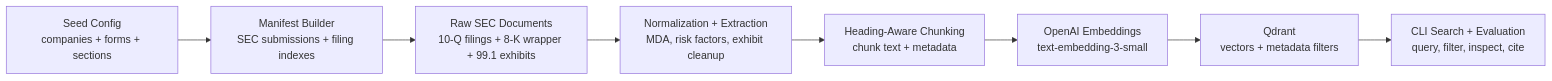
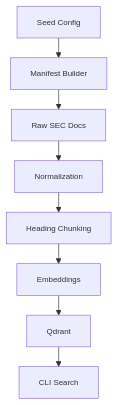
Before and after one commit to mdmilligan/market-intelligence-rag: the diagram in README.md, drawn with Mermaid. The commit also changed other lines of this file, not shown here.

Commit message:
feat: update flowchart in README

````diff
--- a/README.md
+++ b/README.md
@@ -51,10 +51,11 @@
 ```mermaid
-flowchart LR
-    A[Seed Config\ncompanies + forms + sections] --> B[Manifest Builder\nSEC submissions + filing indexes]
-    B --> C[Raw SEC Documents\n10-Q filings + 8-K wrapper + 99.1 exhibits]
-    C --> D[Normalization + Extraction\nMDA, risk factors, exhibit cleanup]
-    D --> E[Heading-Aware Chunking\nchunk text + metadata]
-    E --> F[OpenAI Embeddings\ntext-embedding-3-small]
-    F --> G[Qdrant\nvectors + metadata filters]
-    G --> H[CLI Search + Evaluation\nquery, filter, inspect, cite]
+%%{init: {'themeVariables': {'fontSize': '12px'}, 'flowchart': {'nodeSpacing': 20, 'rankSpacing': 30}}}%%
+flowchart TD
+    A[Seed Config] --> B[Manifest Builder]
+    B --> C[Raw SEC Docs]
+    C --> D[Normalization]
+    D --> E[Heading Chunking]
+    E --> F[Embeddings]
+    F --> G[Qdrant]
+    G --> H[CLI Search]
 ```
````
